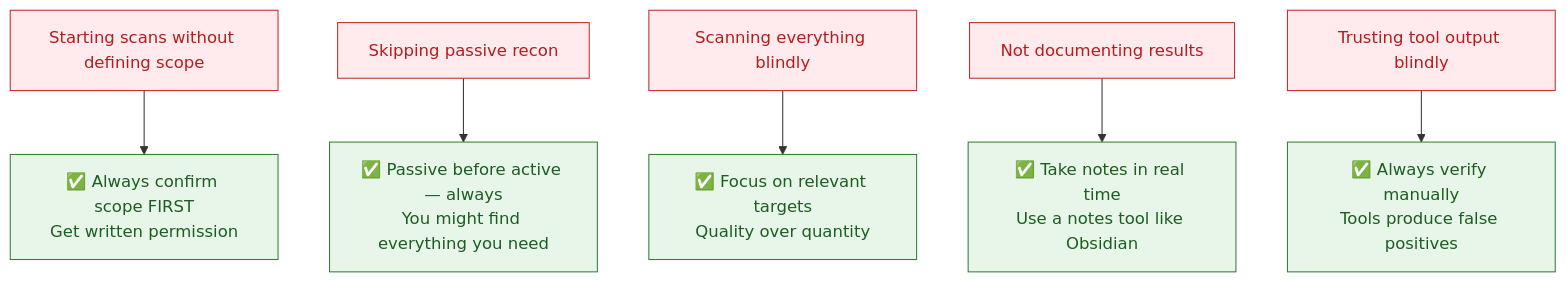
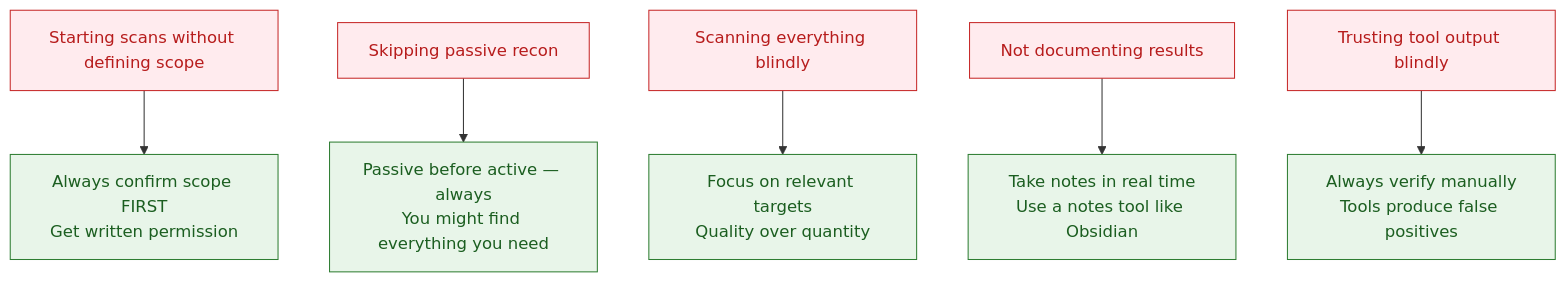
Before and after one commit to VNThanthrige/eJPT-Notes-and-Lab-Documentation: the fifth of 5 diagrams in 1. Introduction To Information Gathering/Reconnaissance — Passive vs Active.md, drawn with Mermaid. The commit also changed other lines of this file, not shown here.

Commit message:
Update Reconnaissance — Passive vs Active.md

````diff
--- a/1. Introduction To Information Gathering/Reconnaissance — Passive vs Active.md
+++ b/1. Introduction To Information Gathering/Reconnaissance — Passive vs Active.md
@@ -378,11 +378,11 @@
 ```mermaid
 graph TD
-    M1[" Starting scans without defining scope"]:::mistake --> F1["✅ Always confirm scope FIRST\nGet written permission"]:::fix
-    M2[" Skipping passive recon"]:::mistake --> F2["✅ Passive before active — always\nYou might find everything you need"]:::fix
-    M3[" Scanning everything blindly"]:::mistake --> F3["✅ Focus on relevant targets\nQuality over quantity"]:::fix
-    M4[" Not documenting results"]:::mistake --> F4["✅ Take notes in real time\nUse a notes tool like Obsidian"]:::fix
-    M5[" Trusting tool output blindly"]:::mistake --> F5["✅ Always verify manually\nTools produce false positives"]:::fix
+    M1[" Starting scans without defining scope"]:::mistake --> F1[" Always confirm scope FIRST\nGet written permission"]:::fix
+    M2[" Skipping passive recon"]:::mistake --> F2[" Passive before active — always\nYou might find everything you need"]:::fix
+    M3[" Scanning everything blindly"]:::mistake --> F3[" Focus on relevant targets\nQuality over quantity"]:::fix
+    M4[" Not documenting results"]:::mistake --> F4[" Take notes in real time\nUse a notes tool like Obsidian"]:::fix
+    M5[" Trusting tool output blindly"]:::mistake --> F5[" Always verify manually\nTools produce false positives"]:::fix
 
     classDef mistake fill:#ffebee,stroke:#c62828,color:#b71c1c
     classDef fix fill:#e8f5e9,stroke:#2e7d32,color:#1b5e20
 ```
````
